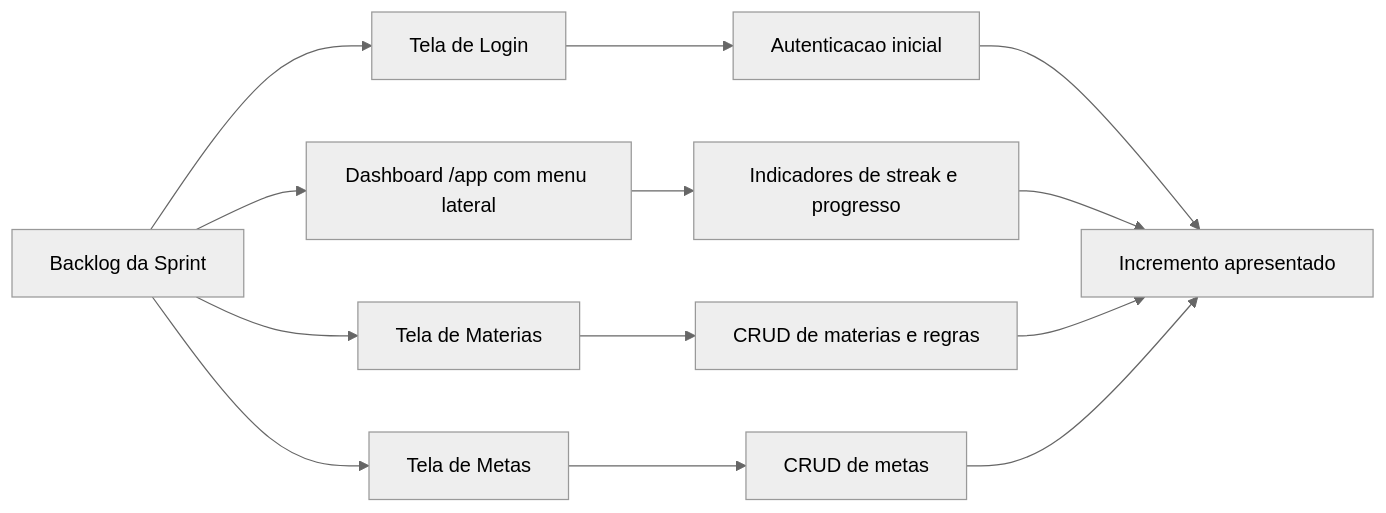
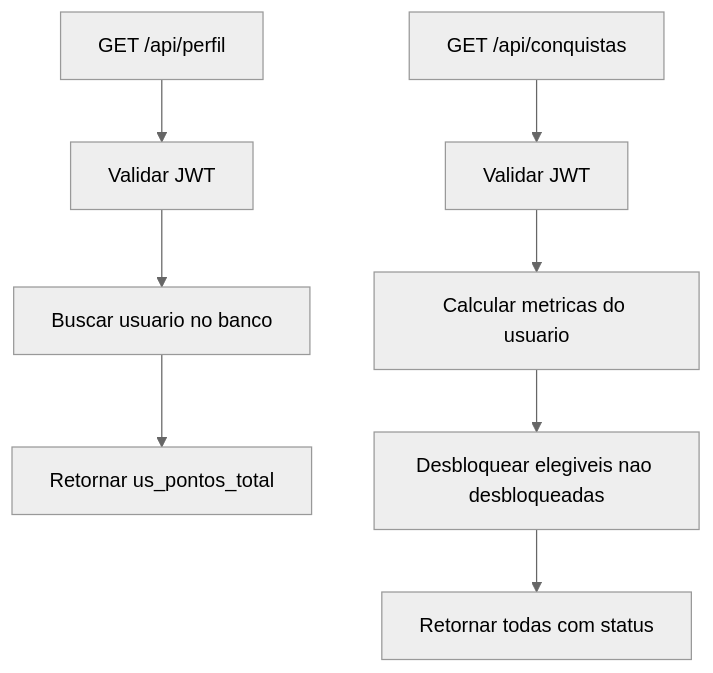
The diagram in docs/mermaid/Fluxograma N2.mmd (art4raujo0/xp-diario), drawn with Mermaid before and after one commit. The commit also changed 15 other files, not shown here.

Commit message:
docs: atualizar artefatos e diagramas para conquistas e pontuação

```diff
--- a/docs/mermaid/Fluxograma N2.mmd
+++ b/docs/mermaid/Fluxograma N2.mmd
@@ -1,14 +1,10 @@
 %%{init: {'theme': 'neutral'}}%%
-flowchart LR
-    A[Backlog da Sprint] --> B[Tela de Login]
-    A --> C[Dashboard /app com menu lateral]
-    A --> D[Tela de Materias]
-    A --> E[Tela de Metas]
-    B --> F[Autenticacao inicial]
-    C --> G[Indicadores de streak e progresso]
-    D --> H[CRUD de materias e regras]
-    E --> I[CRUD de metas]
-    F --> J[Incremento apresentado]
-    G --> J
-    H --> J
-    I --> J
+flowchart TD
+    A[GET /api/perfil] --> B[Validar JWT]
+    B --> C[Buscar usuario no banco]
+    C --> D[Retornar us_pontos_total]
+
+    E[GET /api/conquistas] --> F[Validar JWT]
+    F --> G[Calcular metricas do usuario]
+    G --> H[Desbloquear elegiveis nao desbloqueadas]
+    H --> I[Retornar todas com status]
```
